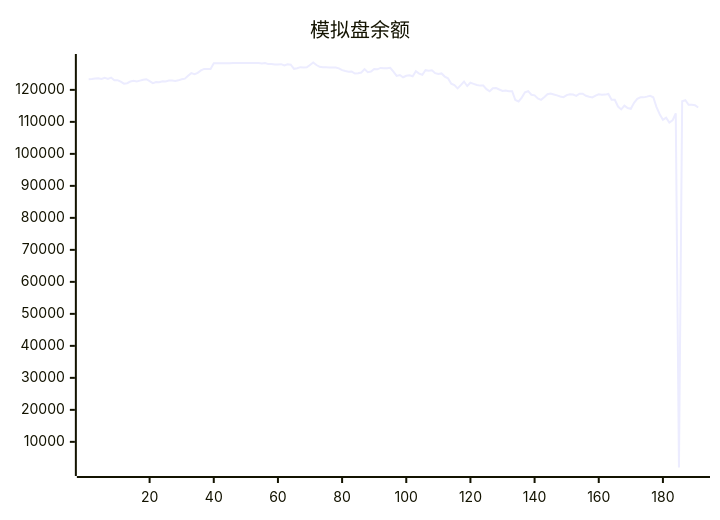
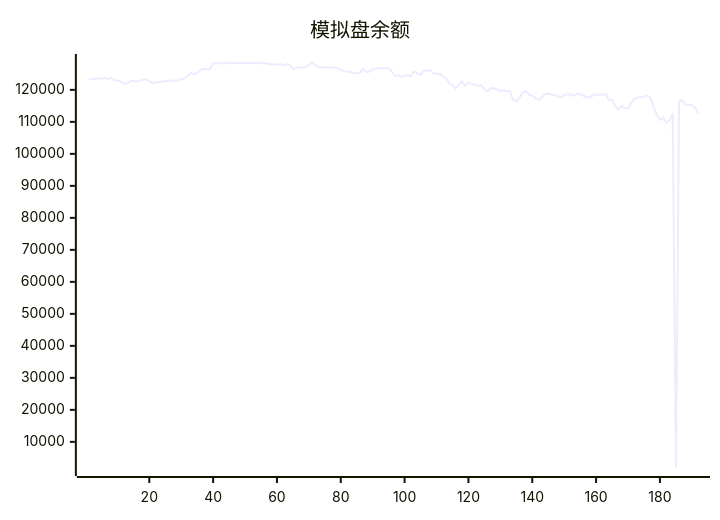
The diagram in README.md (aahl/ai-trading), drawn with Mermaid before and after one commit. The commit also changed other lines of this file and 1 other file, not shown here.

````diff
--- a/README.md
+++ b/README.md
@@ -5,5 +5,5 @@
 ```mermaid
 xychart
     title "模拟盘余额"
-    line [123338,123402,123530,123592,123378,123745,123413,123853,123009,123040,122557,121938,122095,122599,122856,122597,122898,123160,123319,122719,122087,122454,122416,122685,122592,122907,122961,122776,122981,123295,123507,124403,125224,124894,125303,126088,126544,126534,126549,128335,128318,128318,128318,128318,128318,128424,128424,128424,128424,128424,128424,128424,128424,128424,128247,128412,128062,128087,127917,127901,128026,127611,128000,127850,126572,126770,127100,126971,127029,127783,128554,127765,127224,127064,127044,127009,127025,127004,126738,126152,125871,125635,125707,125117,125217,125420,126480,125545,125715,126511,126424,126856,126764,126788,126890,125710,124381,124632,123936,124402,124574,124256,125833,125070,124739,126154,125966,126145,125213,124943,125143,124157,123604,121959,121476,120476,121470,122610,121201,122221,121889,121522,121332,121344,120232,119559,120513,120577,120108,119680,119777,119572,119568,116839,116392,117573,119250,119585,118469,118277,117338,116897,117706,118628,118849,118579,118280,117926,117735,118373,118639,118544,118136,118798,118819,118162,117874,117649,118215,118601,118463,118517,118713,116911,116899,114798,113887,115084,114313,114091,115934,117221,117658,117658,117883,118164,117693,114632,112403,110644,111313,109777,110444,112673,1984,116419,116772,115355,115355,115198,114476]
+    line [123338,123402,123530,123592,123378,123745,123413,123853,123009,123040,122557,121938,122095,122599,122856,122597,122898,123160,123319,122719,122087,122454,122416,122685,122592,122907,122961,122776,122981,123295,123507,124403,125224,124894,125303,126088,126544,126534,126549,128335,128318,128318,128318,128318,128318,128424,128424,128424,128424,128424,128424,128424,128424,128424,128247,128412,128062,128087,127917,127901,128026,127611,128000,127850,126572,126770,127100,126971,127029,127783,128554,127765,127224,127064,127044,127009,127025,127004,126738,126152,125871,125635,125707,125117,125217,125420,126480,125545,125715,126511,126424,126856,126764,126788,126890,125710,124381,124632,123936,124402,124574,124256,125833,125070,124739,126154,125966,126145,125213,124943,125143,124157,123604,121959,121476,120476,121470,122610,121201,122221,121889,121522,121332,121344,120232,119559,120513,120577,120108,119680,119777,119572,119568,116839,116392,117573,119250,119585,118469,118277,117338,116897,117706,118628,118849,118579,118280,117926,117735,118373,118639,118544,118136,118798,118819,118162,117874,117649,118215,118601,118463,118517,118713,116911,116899,114798,113887,115084,114313,114091,115934,117221,117658,117658,117883,118164,117693,114632,112403,110644,111313,109777,110444,112673,1984,116419,116772,115355,115355,115198,114476,112510]
 ```
````
